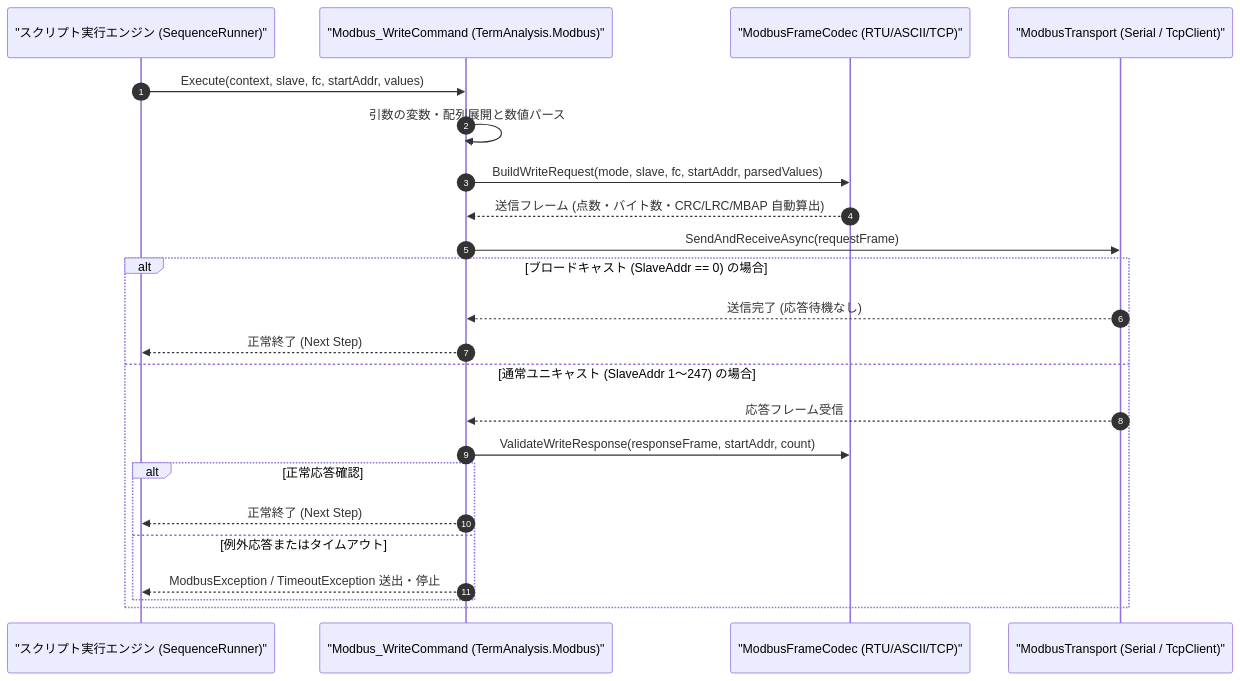
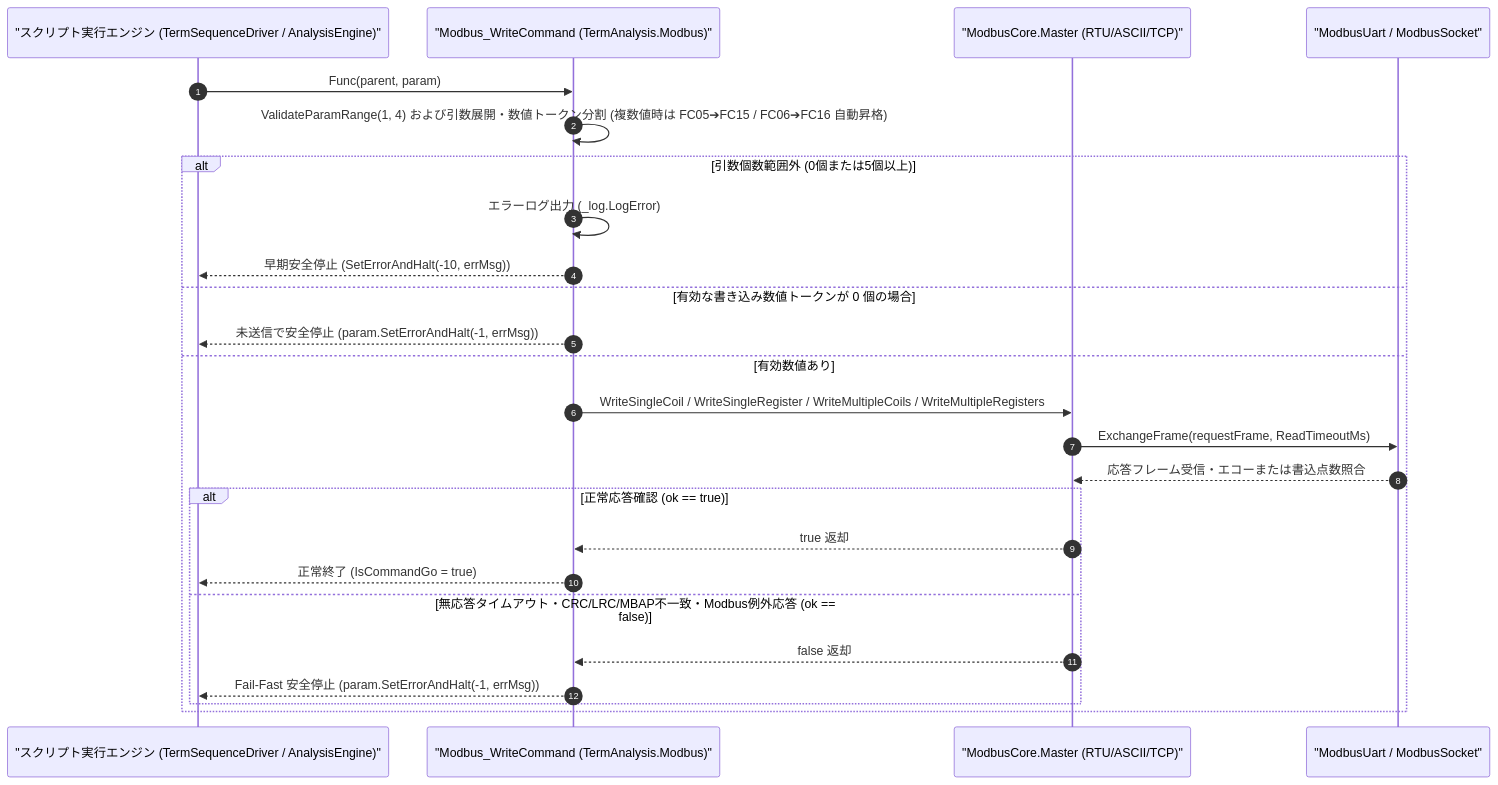
Before and after one commit to Monaca-App/TermAddIn: the diagram in Manual/Modbus/Modbus_Write.Md, drawn with Mermaid. The commit also changed other lines of this file and 157 other files, not shown here.

````diff
--- a/Manual/Modbus/Modbus_Write.Md
+++ b/Manual/Modbus/Modbus_Write.Md
@@ -69,26 +75,28 @@
 ```mermaid
 sequenceDiagram
     autonumber
-    participant Script as "スクリプト実行エンジン (SequenceRunner)"
+    participant Script as "スクリプト実行エンジン (TermSequenceDriver / AnalysisEngine)"
     participant Cmd as "Modbus_WriteCommand (TermAnalysis.Modbus)"
-    participant Codec as "ModbusFrameCodec (RTU/ASCII/TCP)"
-    participant Trans as "ModbusTransport (Serial / TcpClient)"
+    participant Master as "ModbusCore.Master (RTU/ASCII/TCP)"
+    participant Trans as "ModbusUart / ModbusSocket"
 
-    Script->>Cmd: Execute(context, slave, fc, startAddr, values)
-    Cmd->>Cmd: 引数の変数・配列展開と数値パース
-    Cmd->>Codec: BuildWriteRequest(mode, slave, fc, startAddr, parsedValues)
-    Codec-->>Cmd: 送信フレーム (点数・バイト数・CRC/LRC/MBAP 自動算出)
-    Cmd->>Trans: SendAndReceiveAsync(requestFrame)
-    alt ブロードキャスト (SlaveAddr == 0) の場合
-        Trans-->>Cmd: 送信完了 (応答待機なし)
-        Cmd-->>Script: 正常終了 (Next Step)
-    else 通常ユニキャスト (SlaveAddr 1〜247) の場合
-        Trans-->>Cmd: 応答フレーム受信
-        Cmd->>Codec: ValidateWriteResponse(responseFrame, startAddr, count)
-        alt 正常応答確認
-            Cmd-->>Script: 正常終了 (Next Step)
-        else 例外応答またはタイムアウト
-            Cmd-->>Script: ModbusException / TimeoutException 送出・停止
+    Script->>Cmd: Func(parent, param)
+    Cmd->>Cmd: ValidateParamRange(1, 4) および引数展開・数値トークン分割 (複数値時は FC05➔FC15 / FC06➔FC16 自動昇格)
+    alt 引数個数範囲外 (0個または5個以上)
+        Cmd->>Cmd: エラーログ出力 (_log.LogError)
+        Cmd-->>Script: 早期安全停止 (SetErrorAndHalt(-10, errMsg))
+    else 有効な書き込み数値トークンが 0 個の場合
+        Cmd-->>Script: 未送信で安全停止 (param.SetErrorAndHalt(-1, errMsg))
+    else 有効数値あり
+        Cmd->>Master: WriteSingleCoil / WriteSingleRegister / WriteMultipleCoils / WriteMultipleRegisters
+        Master->>Trans: ExchangeFrame(requestFrame, ReadTimeoutMs)
+        Trans-->>Master: 応答フレーム受信・エコーまたは書込点数照合
+        alt 正常応答確認 (ok == true)
+            Master-->>Cmd: true 返却
+            Cmd-->>Script: 正常終了 (IsCommandGo = true)
+        else 無応答タイムアウト・CRC/LRC/MBAP不一致・Modbus例外応答 (ok == false)
+            Master-->>Cmd: false 返却
+            Cmd-->>Script: Fail-Fast 安全停止 (param.SetErrorAndHalt(-1, errMsg))
         end
     end
 ```
````
